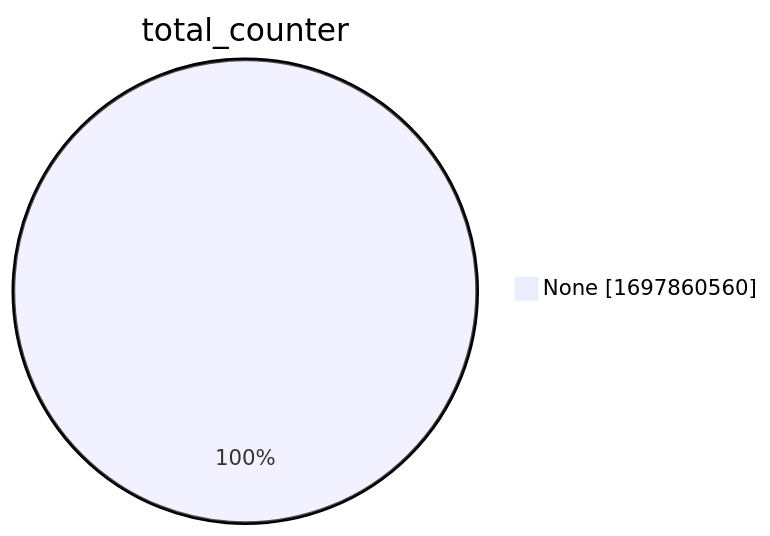
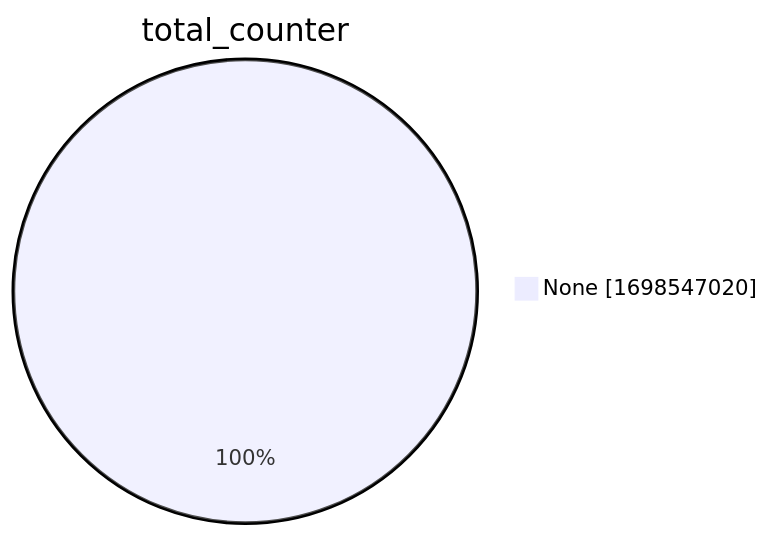
The second of 15 diagrams in xenon2022/README.md (christiankrug/ctmonitor_visualization), drawn with Mermaid before and after one commit. The commit also changed other lines of this file, not shown here.

````diff
--- a/xenon2022/README.md
+++ b/xenon2022/README.md
@@ -9,5 +9,5 @@
 ```mermaid
 pie showData
 title total_counter
-"None" :1697860560
+"None" :1698547020
 ```
````
